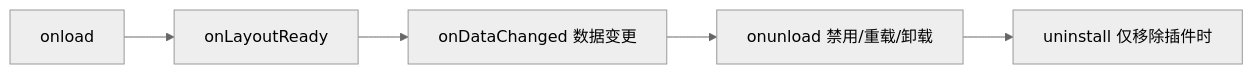
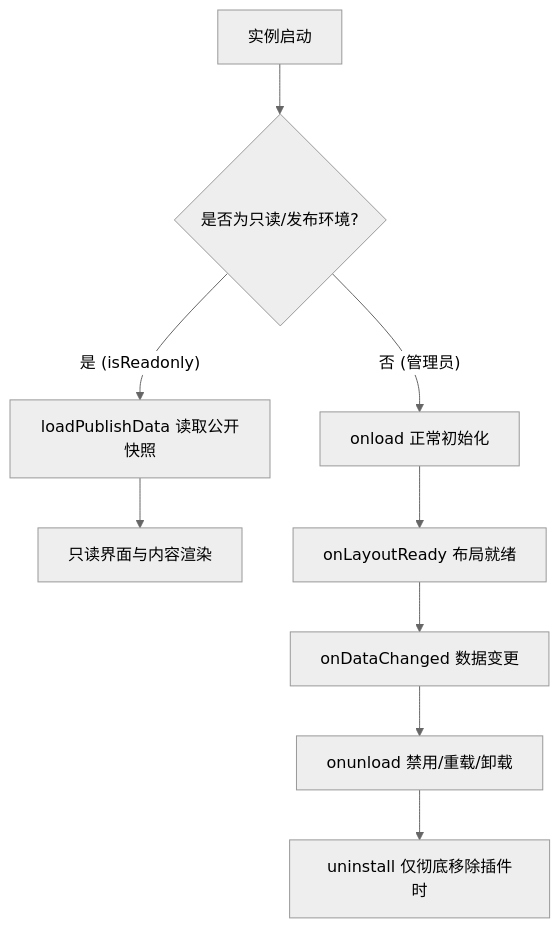
The diagram in developer_docs/02-plugin-api/插件类与生命周期.md (famotime/siyuan-sou-easy), drawn with Mermaid (neutral theme) before and after one commit. The commit also changed other lines of this file and 15 other files, not shown here.

````diff
--- a/developer_docs/02-plugin-api/插件类与生命周期.md
+++ b/developer_docs/02-plugin-api/插件类与生命周期.md
@@ -14,7 +15,11 @@
 ```mermaid
-graph LR
-    onload[onload] --> onLayoutReady[onLayoutReady]
+graph TD
+    start[实例启动] --> detect{是否为只读/发布环境?}
+    detect -- 是 (isReadonly) --> loadPub[loadPublishData 读取公开快照]
+    loadPub --> pubUI[只读界面与内容渲染]
+    detect -- 否 (管理员) --> onload[onload 正常初始化]
+    onload --> onLayoutReady[onLayoutReady 布局就绪]
     onLayoutReady --> onDataChanged[onDataChanged 数据变更]
     onDataChanged --> onunload[onunload 禁用/重载/卸载]
-    onunload --> uninstall[uninstall 仅移除插件时]
+    onunload --> uninstall[uninstall 仅彻底移除插件时]
 ```
````
